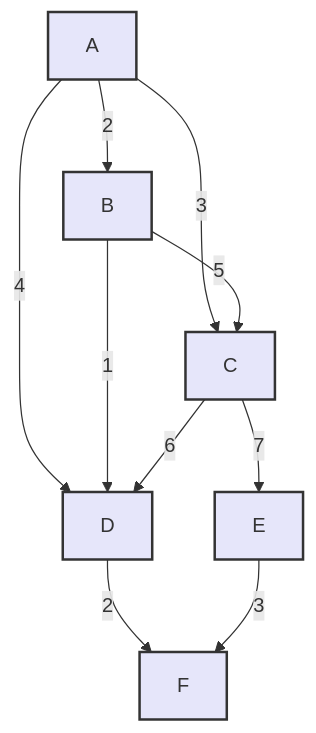
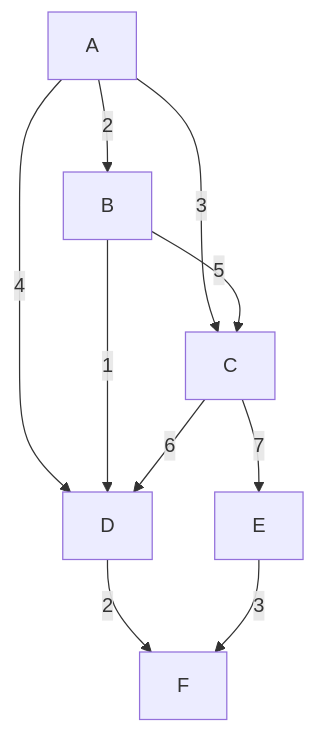
The ninth of 9 diagrams in chapters/11-graphs.md (sb2k16/data-structures-book), drawn with Mermaid before and after one commit. The commit also changed other lines of this file and 7 other files, not shown here.

````diff
--- a/chapters/11-graphs.md
+++ b/chapters/11-graphs.md
@@ -2257,19 +1296,12 @@
 ```mermaid
 graph TD
     A -->|2| B
     A -->|3| C
     A -->|4| D
     B -->|1| D
     B -->|5| C
     C -->|6| D
     C -->|7| E
     D -->|2| F
     E -->|3| F
-    
-    style A fill:#E6E6FA,stroke:#333,stroke-width:2px
-    style B fill:#E6E6FA,stroke:#333,stroke-width:2px
-    style C fill:#E6E6FA,stroke:#333,stroke-width:2px
-    style D fill:#E6E6FA,stroke:#333,stroke-width:2px
-    style E fill:#E6E6FA,stroke:#333,stroke-width:2px
-    style F fill:#E6E6FA,stroke:#333,stroke-width:2px
 ```
````
